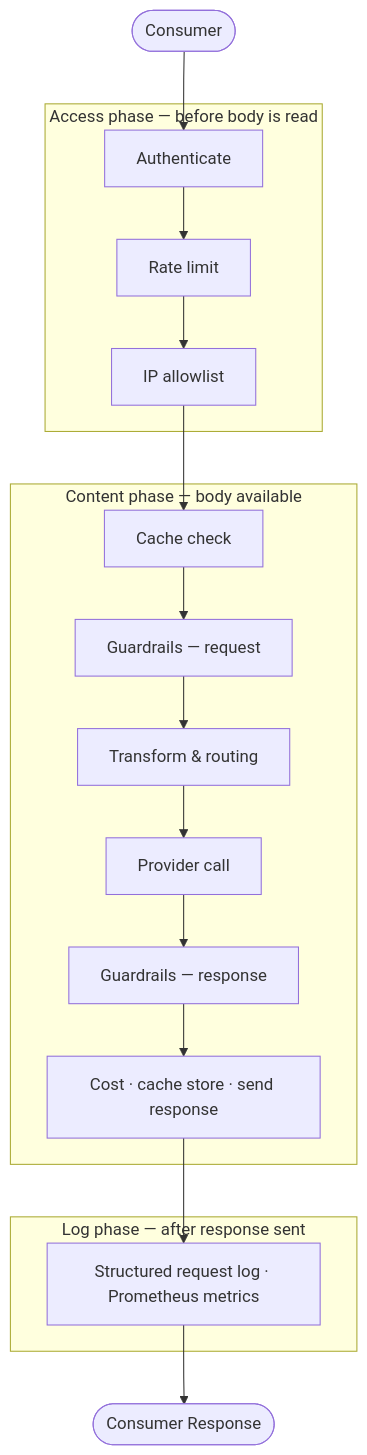
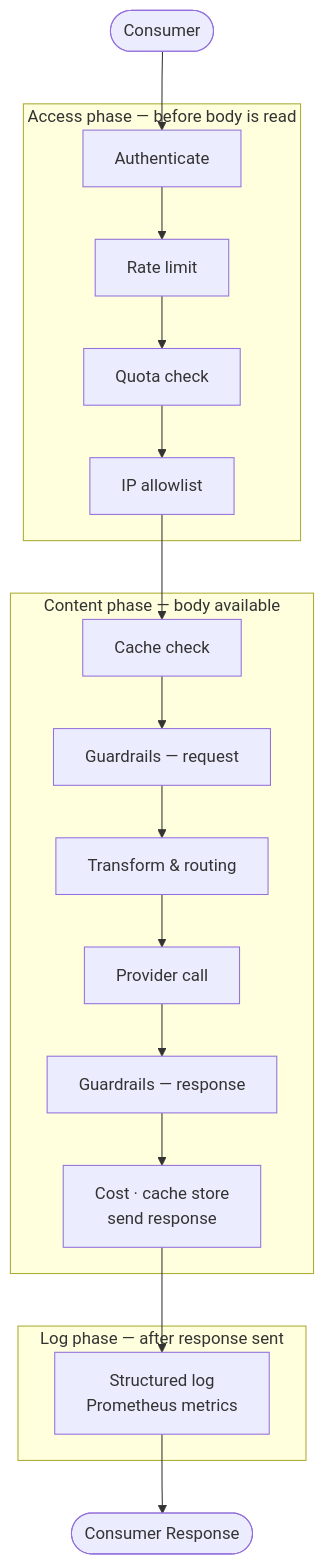
Before and after one commit to Myra-Security-GmbH/myraai-ios: the diagram in docs/docs.md/concepts/request-pipeline.md, drawn with Mermaid. The commit also changed other lines of this file and 13 other files, not shown here.

````diff
--- a/docs/docs.md/concepts/request-pipeline.md
+++ b/docs/docs.md/concepts/request-pipeline.md
@@ -9,27 +9,27 @@
 ```mermaid
 flowchart TD
     Client([Consumer])
     Client --> A1
 
     subgraph Access ["Access phase — before body is read"]
-        A1[Authenticate] --> A2[Rate limit] --> A3[IP allowlist]
+        A1[Authenticate] --> A2[Rate limit] --> A3[Quota check] --> A4[IP allowlist]
     end
 
-    A3 --> B1
+    A4 --> B1
 
     subgraph Content ["Content phase — body available"]
         B1[Cache check] --> B2[Guardrails — request]
         B2 --> B3[Transform & routing]
         B3 --> B4[Provider call]
         B4 --> B5[Guardrails — response]
-        B5 --> B6[Cost · cache store · send response]
+        B5 --> B6["Cost · cache store<br/>send response"]
     end
 
     B6 --> L1
 
     subgraph Log ["Log phase — after response sent"]
-        L1[Structured request log · Prometheus metrics]
+        L1["Structured log<br/>Prometheus metrics"]
     end
 
     L1 --> Response([Consumer Response])
 ```
````
